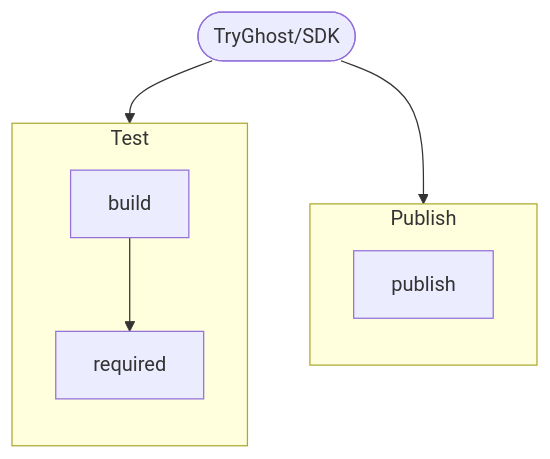
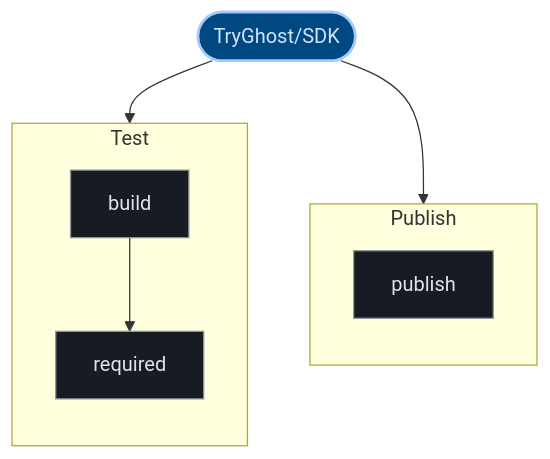
One commit to kumarshaz/atruss-code-atlas changed the second of 2 diagrams in exports/latest/reports/TryGhost-SDK-report.md. Above: the diagram before and after it, drawn with Mermaid. The commit also changed other lines of this file and 331 other files, not shown here.

Commit message:
docs,ui,fix: update SDLC docs, reorder CI/CD DAG first, stylize Mermaid, and fix Arc42 pipeline topology

````diff
--- a/exports/latest/reports/TryGhost-SDK-report.md
+++ b/exports/latest/reports/TryGhost-SDK-report.md
@@ -175,16 +182,23 @@
 ```mermaid
 graph TD;
-  pipeline_root(["TryGhost/SDK"])
+  classDef atlasRoot fill:#004882,stroke:#a3c9ff,stroke-width:2px,color:#d3e4ff
+  classDef atlasCategory fill:#212428,stroke:#E87A48,stroke-width:1.5px,color:#dfe3eb
+  classDef atlasWorkflow fill:#1b2026,stroke:#a3c9ff,stroke-width:1.5px,color:#dfe3eb
+  classDef atlasJob fill:#171c22,stroke:#8d9199,stroke-width:1px,color:#dfe3eb
+  classDef atlasTarget fill:#005227,stroke:#8bd99b,stroke-width:1.5px,color:#a7f6b6
+  classDef atlasAlert fill:#93000a,stroke:#ffb4ab,stroke-width:1.5px,color:#ffdad6
+  classDef atlasMore fill:#252a31,stroke:#8d9199,stroke-dasharray:4 4,color:#c3c6cf
+  pipeline_root(["TryGhost/SDK"]):::atlasRoot
   subgraph Publish_0["Publish"]
     direction TB
-    0_publish["publish"]
+    0_publish["publish"]:::atlasJob
   end
   pipeline_root --> 0_publish
   subgraph Test_1["Test"]
     direction TB
-    1_build["build"]
-    1_required["required"]
+    1_build["build"]:::atlasJob
+    1_required["required"]:::atlasJob
     1_build --> 1_required
   end
   pipeline_root --> 1_build
 ```
````
